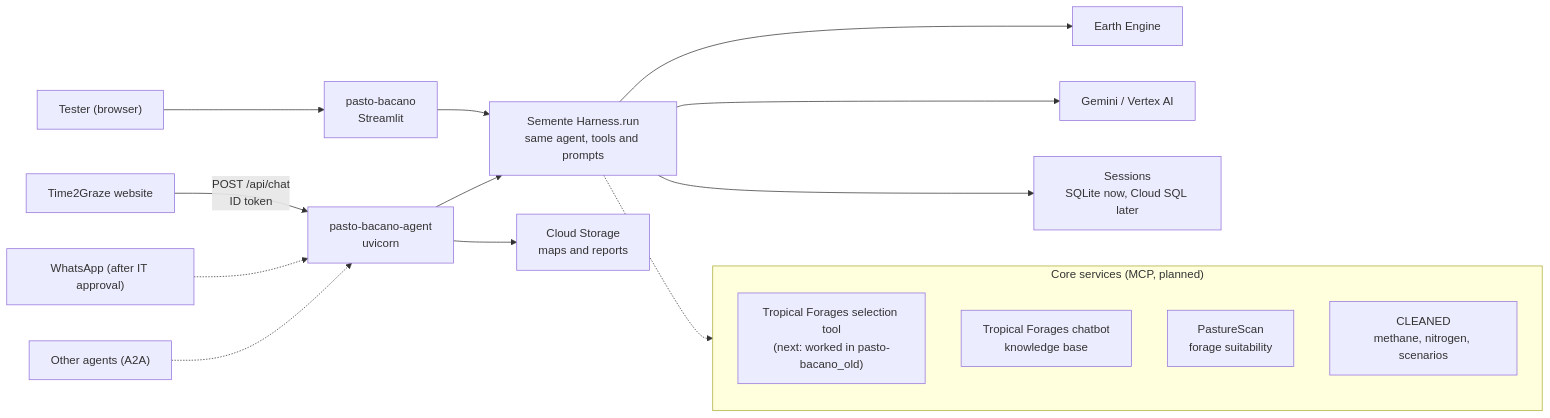
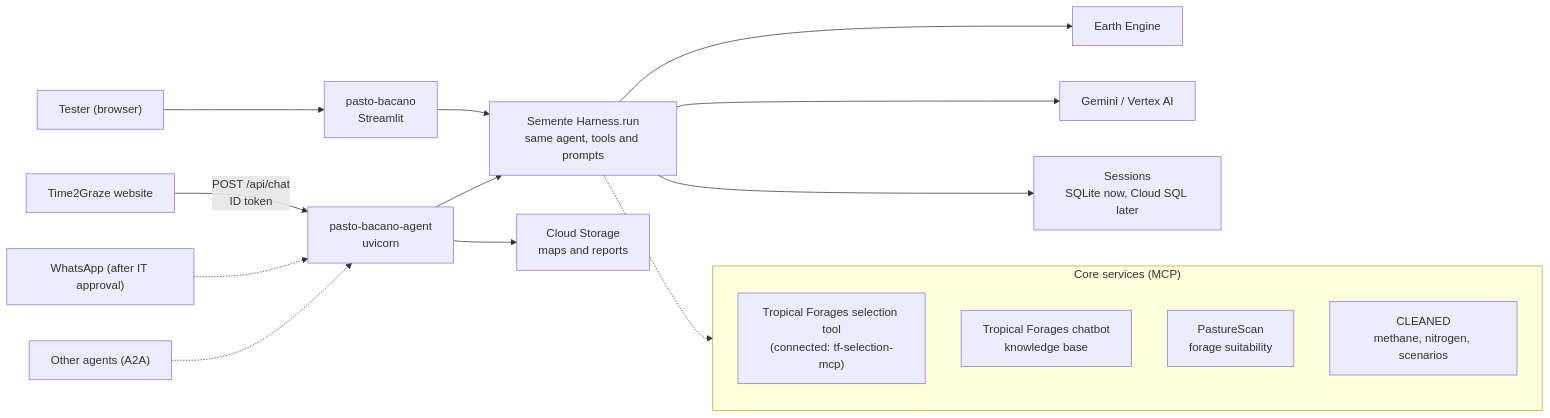
The diagram in README_pasto_bacano.md (Tropical-Forages/pasto-bacano), drawn with Mermaid before and after one commit. The commit also changed other lines of this file and 18 other files, not shown here.

Commit message:
update using vertex AI, integrate tf-interactive-tool MCP

````diff
--- a/README_pasto_bacano.md
+++ b/README_pasto_bacano.md
@@ -142,20 +143,20 @@
 ```mermaid
 flowchart LR
     tester["Tester (browser)"] --> ui["pasto-bacano<br/>Streamlit"]
     web["Time2Graze website"] -->|"POST /api/chat<br/>ID token"| api["pasto-bacano-agent<br/>uvicorn"]
     wa["WhatsApp (after IT approval)"] -.-> api
     other["Other agents (A2A)"] -.-> api
     ui --> harness["Semente Harness.run<br/>same agent, tools and prompts"]
     api --> harness
     harness --> gee["Earth Engine"]
     harness --> llm["Gemini / Vertex AI"]
     harness --> db["Sessions<br/>SQLite now, Cloud SQL later"]
     api --> gcs["Cloud Storage<br/>maps and reports"]
-    subgraph core["Core services (MCP, planned)"]
-        tfsel["Tropical Forages selection tool<br/>(next: worked in pasto-bacano_old)"]
+    subgraph core["Core services (MCP)"]
+        tfsel["Tropical Forages selection tool<br/>(connected: tf-selection-mcp)"]
         tfchat["Tropical Forages chatbot<br/>knowledge base"]
         pscan["PastureScan<br/>forage suitability"]
         cleaned["CLEANED<br/>methane, nitrogen, scenarios"]
     end
     harness -.-> core
 ```
````
